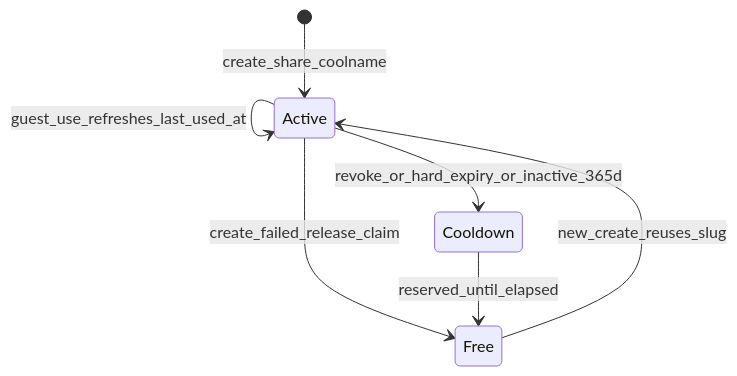
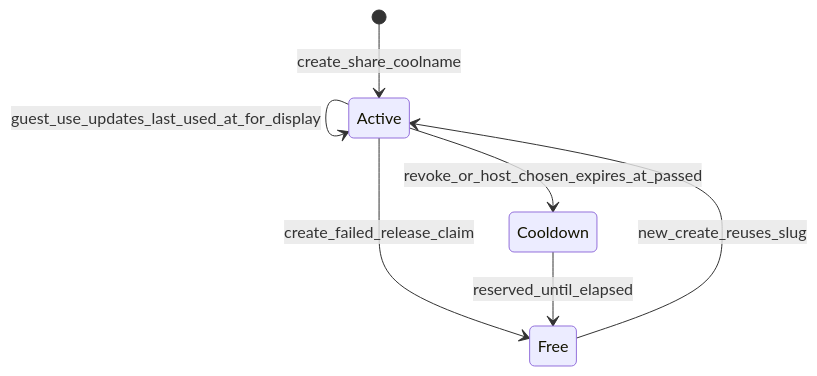
The diagram in docs/share-tokens.md (calebn/sharecut-studio), drawn with Mermaid before and after one commit. The commit also changed other lines of this file and 3 other files, not shown here.

First line of the commit message:
docs(shares): links never expire unless the host sets an expiry (#1101)

````diff
--- a/docs/share-tokens.md
+++ b/docs/share-tokens.md
@@ -39,9 +39,9 @@
 ```mermaid
 stateDiagram-v2
   [*] --> Active: create_share_coolname
-  Active --> Active: guest_use_refreshes_last_used_at
-  Active --> Cooldown: revoke_or_hard_expiry_or_inactive_365d
+  Active --> Active: guest_use_updates_last_used_at_for_display
+  Active --> Cooldown: revoke_or_host_chosen_expires_at_passed
   Active --> Free: create_failed_release_claim
   Cooldown --> Free: reserved_until_elapsed
   Free --> Active: new_create_reuses_slug
 ```
````
